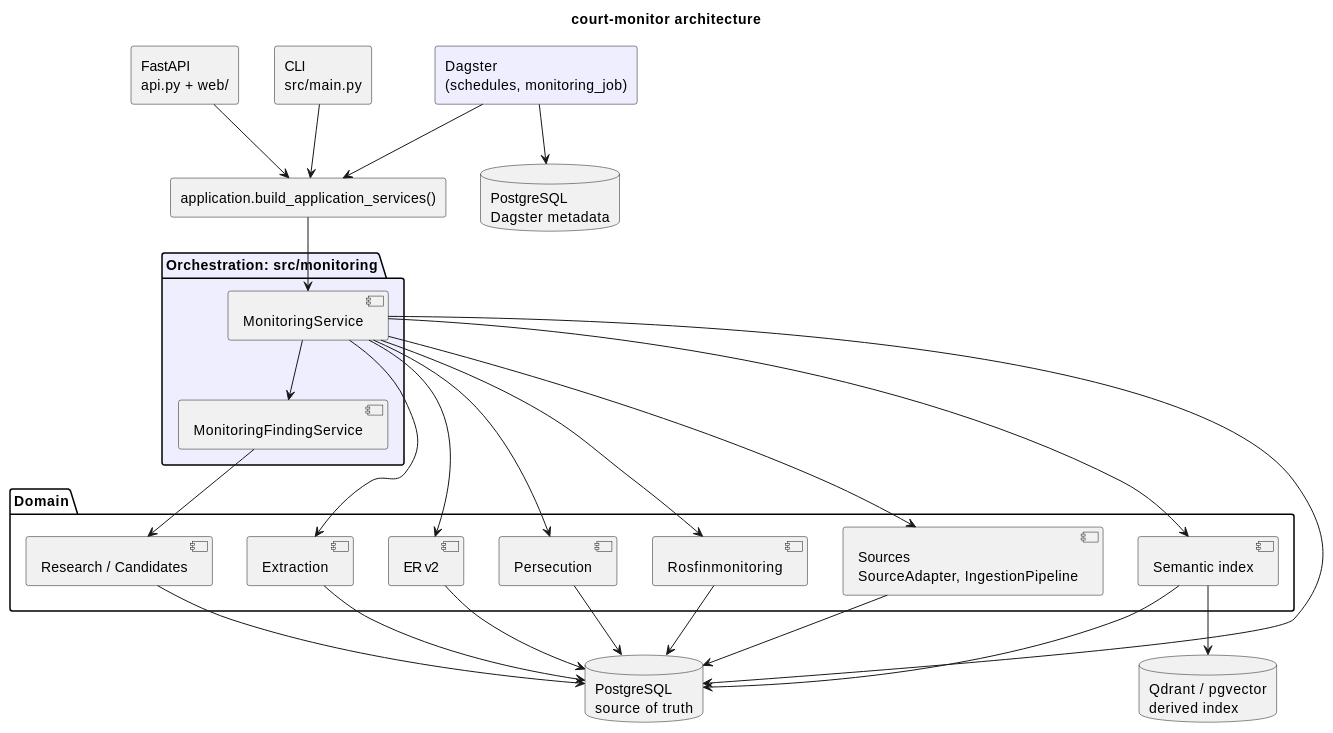
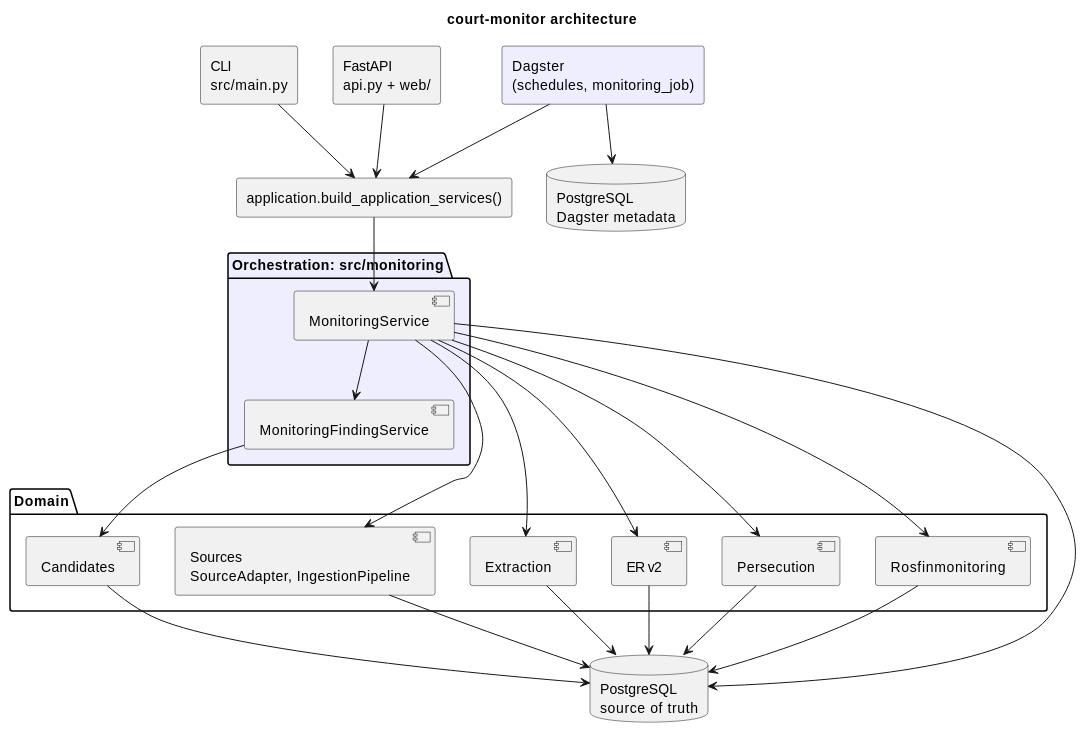
The diagram in docs/wiki/Architecture.md (megannnn98/court-monitor), drawn with PlantUML before and after one commit. The commit also changed other lines of this file and 33 other files, not shown here.

````diff
--- a/docs/wiki/Architecture.md
+++ b/docs/wiki/Architecture.md
@@ -29,54 +29,49 @@
 ```plantuml
 @startuml
 title court-monitor architecture
 
 rectangle "Dagster\n(schedules, monitoring_job)" as Dagster #EEF
 rectangle "CLI\nsrc/main.py" as CLI
 rectangle "FastAPI\napi.py + web/" as API
 
 rectangle "application.build_application_services()" as Root
 
 package "Orchestration: src/monitoring" #EEF {
   component "MonitoringService" as Monitoring
   component "MonitoringFindingService" as Findings
 }
 
 package "Domain" {
   component "Sources\nSourceAdapter, IngestionPipeline" as Sources
   component "Extraction" as Extraction
   component "ER v2" as ER
   component "Persecution" as Persecution
   component "Rosfinmonitoring" as Rosfin
-  component "Semantic index" as Semantic
-  component "Research / Candidates" as Research
+  component "Candidates" as Candidates
 }
 
 database "PostgreSQL\nsource of truth" as PG
-database "Qdrant / pgvector\nderived index" as Vectors
 database "PostgreSQL\nDagster metadata" as DagsterDB
 
 Dagster --> Root
 CLI --> Root
 API --> Root
 Root --> Monitoring
 Monitoring --> Sources
 Monitoring --> Extraction
 Monitoring --> ER
 Monitoring --> Persecution
 Monitoring --> Rosfin
-Monitoring --> Semantic
 Monitoring --> Findings
-Findings --> Research
+Findings --> Candidates
 
 Sources --> PG
 Extraction --> PG
 ER --> PG
 Persecution --> PG
 Rosfin --> PG
-Research --> PG
-Semantic --> PG
-Semantic --> Vectors
+Candidates --> PG
 Monitoring --> PG
 Dagster --> DagsterDB
 @enduml
 ```
````
